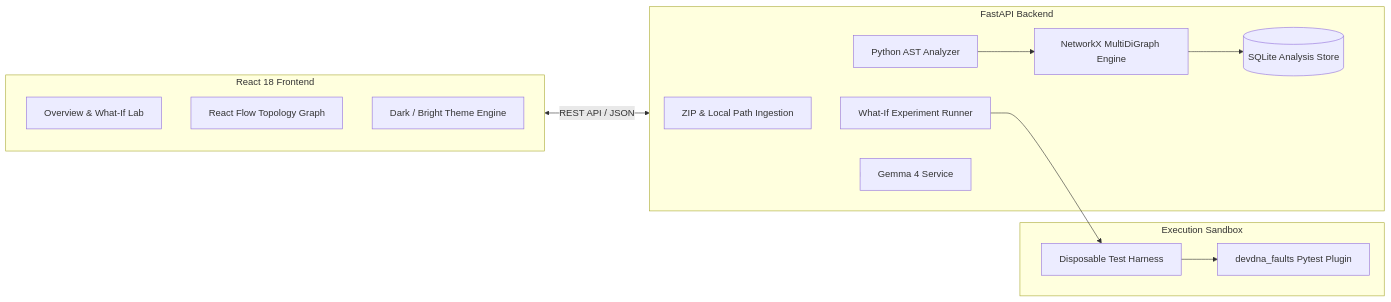
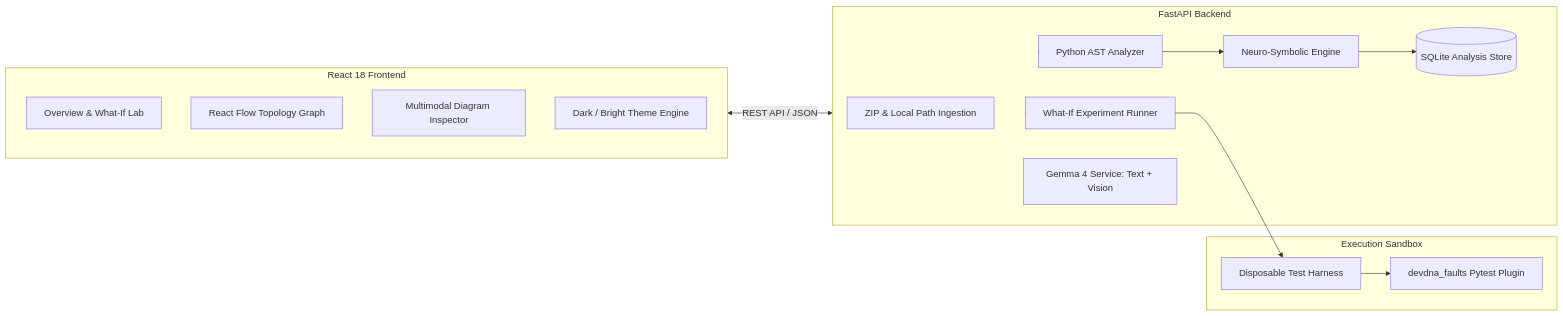
One commit to SUBHA22-CODER/DEVDNA- changed the diagram in README.md. Above: the diagram before and after it, drawn with Mermaid. The commit also changed other lines of this file, not shown here.

````diff
--- a/README.md
+++ b/README.md
@@ -121,27 +131,28 @@
 ```mermaid
 flowchart LR
     subgraph Frontend["React 18 Frontend"]
         UI[Overview & What-If Lab]
         GraphView[React Flow Topology Graph]
+        MultiModal[Multimodal Diagram Inspector]
         Theme[Dark / Bright Theme Engine]
     end
 
     subgraph Backend["FastAPI Backend"]
         Ingest[ZIP & Local Path Ingestion]
         AST[Python AST Analyzer]
-        Engine[NetworkX MultiDiGraph Engine]
+        Engine[Neuro-Symbolic Engine]
         Runner[What-If Experiment Runner]
-        Gemma[Gemma 4 Service]
+        Gemma[Gemma 4 Service: Text + Vision]
         Store[(SQLite Analysis Store)]
     end
 
     subgraph Isolation["Execution Sandbox"]
         Harness[Disposable Test Harness]
         Faults[devdna_faults Pytest Plugin]
     end
 
     Frontend <-->|REST API / JSON| Backend
     Backend --> AST --> Engine --> Store
     Backend --> Gemma
     Backend --> Runner --> Harness --> Faults
 ```
````
